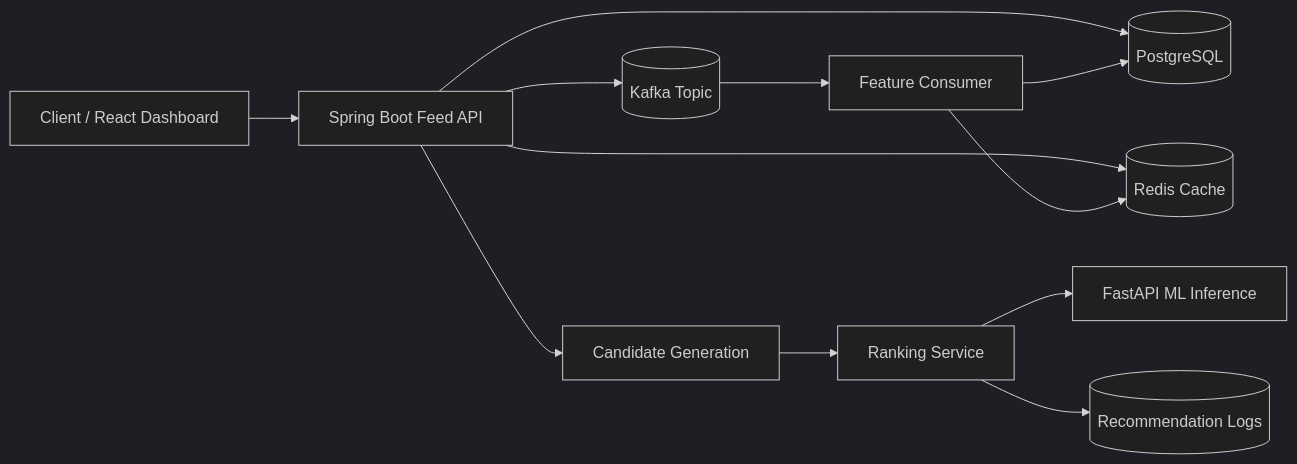
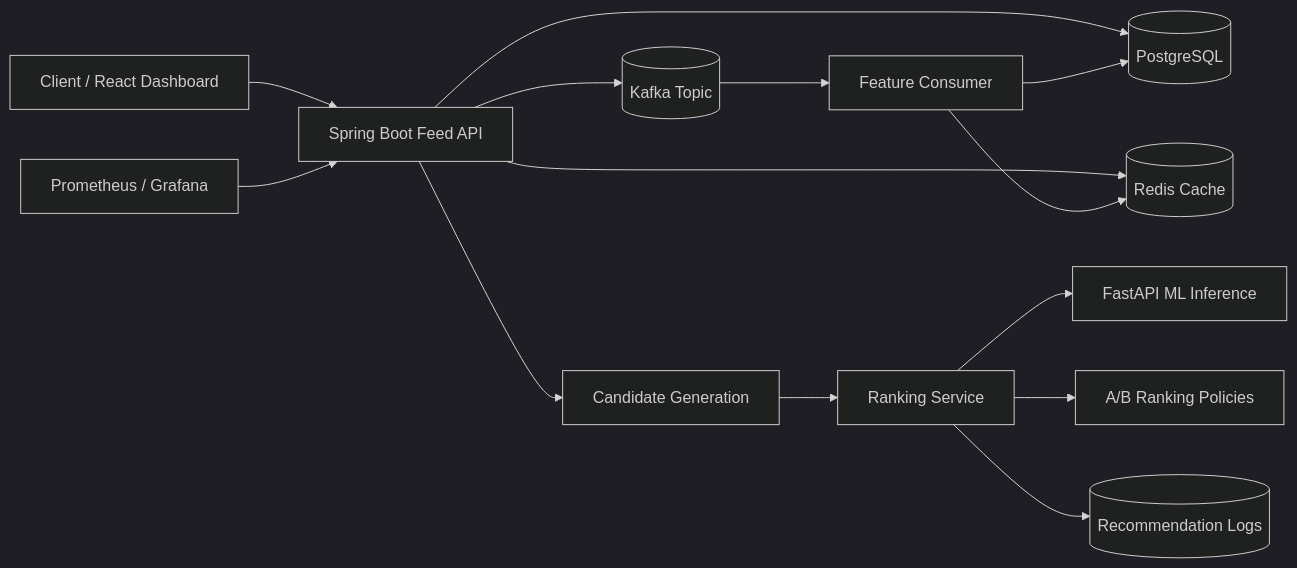
Before and after one commit to Vedv7/real-time-ranking-and-recommendation-platform: the diagram in README.md, drawn with Mermaid (dark theme). The commit also changed other lines of this file and 42 other files, not shown here.

````diff
--- a/README.md
+++ b/README.md
@@ -11,14 +11,16 @@
 ```mermaid
 flowchart LR
   Client[Client / React Dashboard] --> API[Spring Boot Feed API]
   API --> PG[(PostgreSQL)]
   API --> Redis[(Redis Cache)]
   API --> Kafka[(Kafka Topic)]
   Kafka --> Consumer[Feature Consumer]
   Consumer --> PG
   Consumer --> Redis
   API --> Candidate[Candidate Generation]
   Candidate --> Ranking[Ranking Service]
   Ranking --> ML[FastAPI ML Inference]
+  Ranking --> Experiments[A/B Ranking Policies]
   Ranking --> Logs[(Recommendation Logs)]
+  Metrics[Prometheus / Grafana] --> API
 ```
````
